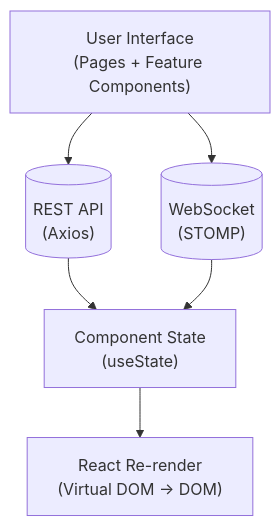
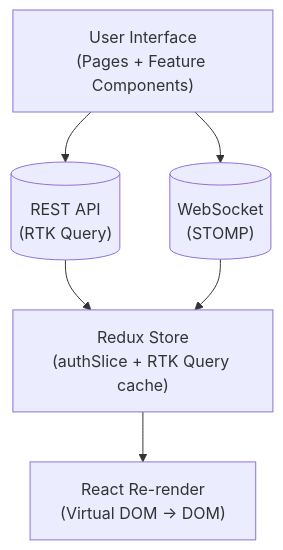
The seventh of 7 diagrams in server/frontend/docs/data-flow.md (smartuni/riot-po-2026), drawn with Mermaid before and after one commit. The commit also changed other lines of this file and 199 other files, not shown here.

````diff
--- a/server/frontend/docs/data-flow.md
+++ b/server/frontend/docs/data-flow.md
@@ -230,16 +222,16 @@
 ```mermaid
 flowchart TB
     UI["User Interface<br/>(Pages + Feature Components)"]
     
-    REST[("REST API<br/>(Axios)")]
+    REST[("REST API<br/>(RTK Query)")]
     WS[("WebSocket<br/>(STOMP)")]
     
-    State["Component State<br/>(useState)"]
+    State["Redux Store<br/>(authSlice + RTK Query cache)"]
     Render["React Re-render<br/>(Virtual DOM → DOM)"]
     
     UI --> REST
     UI --> WS
     REST --> State
     WS --> State
     State --> Render
 ```
````
